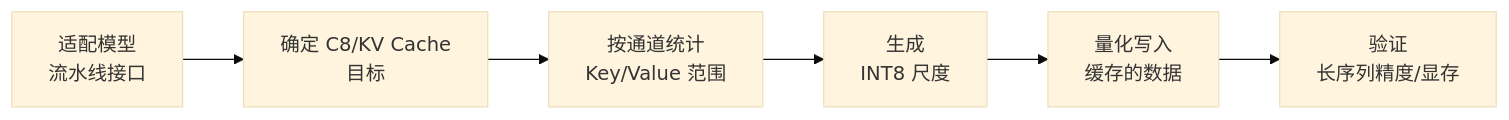
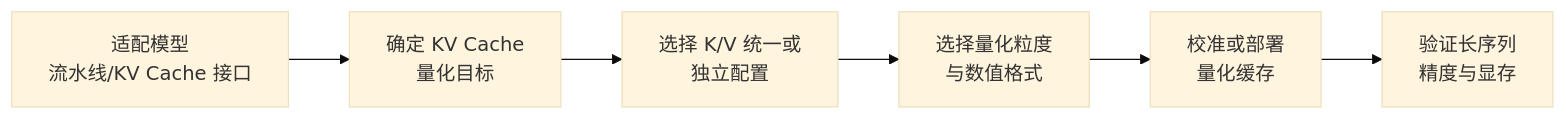
The diagram in docs/zh/knowledge_base/quantization_algorithms/kvcache_quant/usage_kvcache_quant.md (Ascend/msmodelslim), drawn with Mermaid (base theme) before and after one commit. The commit also changed other lines of this file and 142 other files, not shown here.

````diff
--- a/docs/zh/knowledge_base/quantization_algorithms/kvcache_quant/usage_kvcache_quant.md
+++ b/docs/zh/knowledge_base/quantization_algorithms/kvcache_quant/usage_kvcache_quant.md
@@ -28,8 +19,8 @@
 ```mermaid
 flowchart LR
-    A[适配模型<br/>流水线接口] --> B[确定 C8/KV Cache<br/>目标]
-    B --> C[按通道统计<br/>Key/Value 范围]
-    C --> D[生成<br/>INT8 尺度]
-    D --> E[量化写入<br/>缓存的数据]
-    E --> F[验证<br/>长序列精度/显存]
+    A[适配模型<br/>流水线/KV Cache 接口] --> B[确定 KV Cache<br/>量化目标]
+    B --> C[选择 K/V 统一或<br/>独立配置]
+    C --> D[选择量化粒度<br/>与数值格式]
+    D --> E[校准或部署<br/>量化缓存]
+    E --> F[验证长序列<br/>精度与显存]
 ```
````
